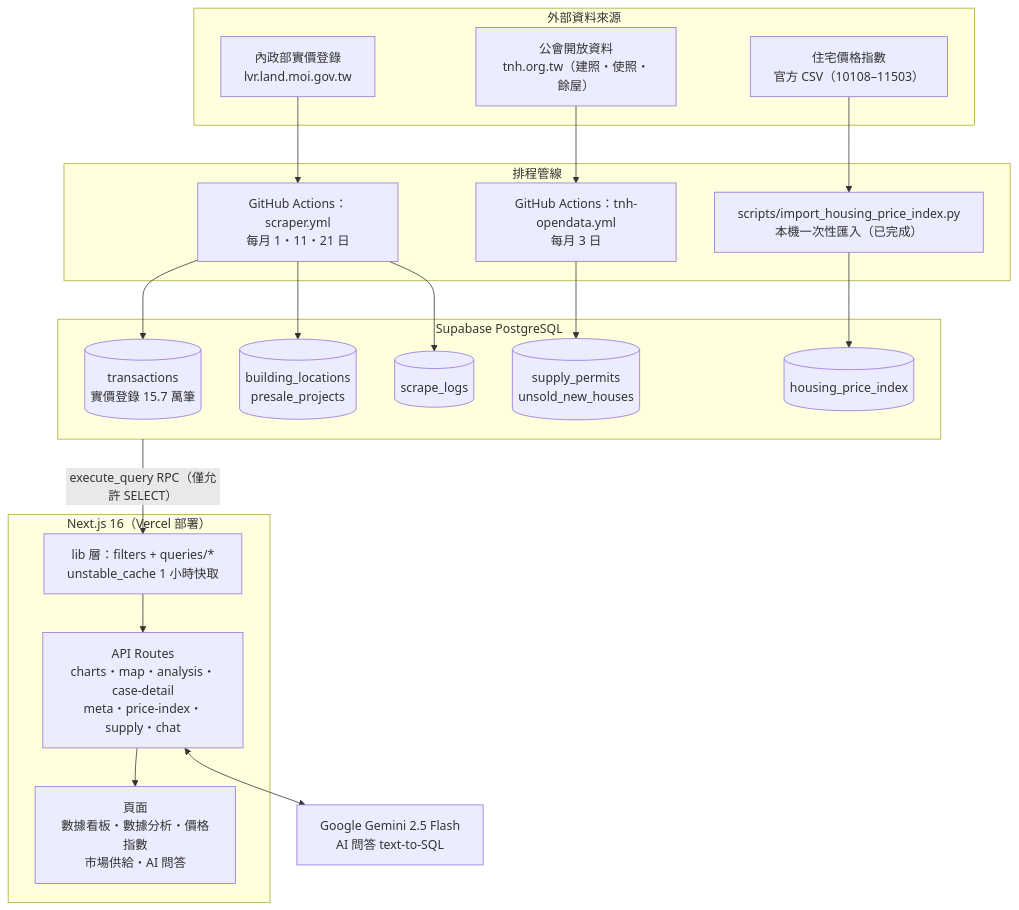
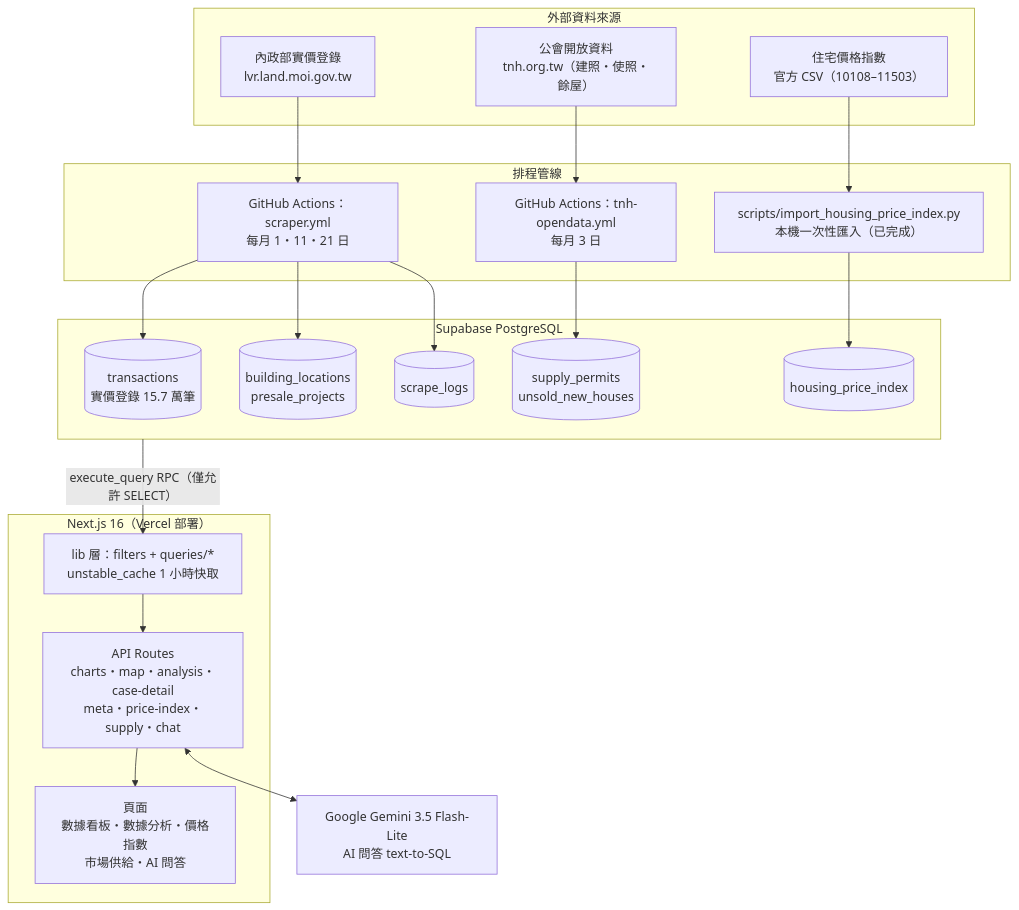
One commit to NuckTW/RealEstatePrice changed the first of 2 diagrams in docs/ARCHITECTURE.md. Above: the diagram before and after it, drawn with Mermaid. The commit also changed 8 other files, not shown here.

First line of the commit message:
feat(chat): 開放 AI 問答 — 密碼閘、限流、模型改 gemini-3.5-flash-lite

````diff
--- a/docs/ARCHITECTURE.md
+++ b/docs/ARCHITECTURE.md
@@ -10,43 +10,43 @@
 ```mermaid
 flowchart TB
     subgraph sources["外部資料來源"]
         LVR["內政部實價登錄<br/>lvr.land.moi.gov.tw"]
         TNH["公會開放資料<br/>tnh.org.tw（建照・使照・餘屋）"]
         CSV["住宅價格指數<br/>官方 CSV（10108–11503）"]
     end
 
     subgraph pipeline["排程管線"]
         S1["GitHub Actions：scraper.yml<br/>每月 1・11・21 日"]
         S2["GitHub Actions：tnh-opendata.yml<br/>每月 3 日"]
         S3["scripts/import_housing_price_index.py<br/>本機一次性匯入（已完成）"]
     end
 
     subgraph db["Supabase PostgreSQL"]
         T1[("transactions<br/>實價登錄 15.7 萬筆")]
         T2[("building_locations<br/>presale_projects")]
         T3[("supply_permits<br/>unsold_new_houses")]
         T4[("housing_price_index")]
         T5[("scrape_logs")]
     end
 
     subgraph app["Next.js 16（Vercel 部署）"]
         LIB["lib 層：filters + queries/*<br/>unstable_cache 1 小時快取"]
         API["API Routes<br/>charts・map・analysis・case-detail<br/>meta・price-index・supply・chat"]
         PAGES["頁面<br/>數據看板・數據分析・價格指數<br/>市場供給・AI 問答"]
     end
 
-    GEMINI["Google Gemini 2.5 Flash<br/>AI 問答 text-to-SQL"]
+    GEMINI["Google Gemini 3.5 Flash-Lite<br/>AI 問答 text-to-SQL"]
 
     LVR --> S1
     TNH --> S2
     CSV --> S3
     S1 --> T1
     S1 --> T2
     S1 --> T5
     S2 --> T3
     S3 --> T4
     db -- "execute_query RPC（僅允許 SELECT）" --> LIB
     LIB --> API
     API --> PAGES
     API <--> GEMINI
 ```
````
